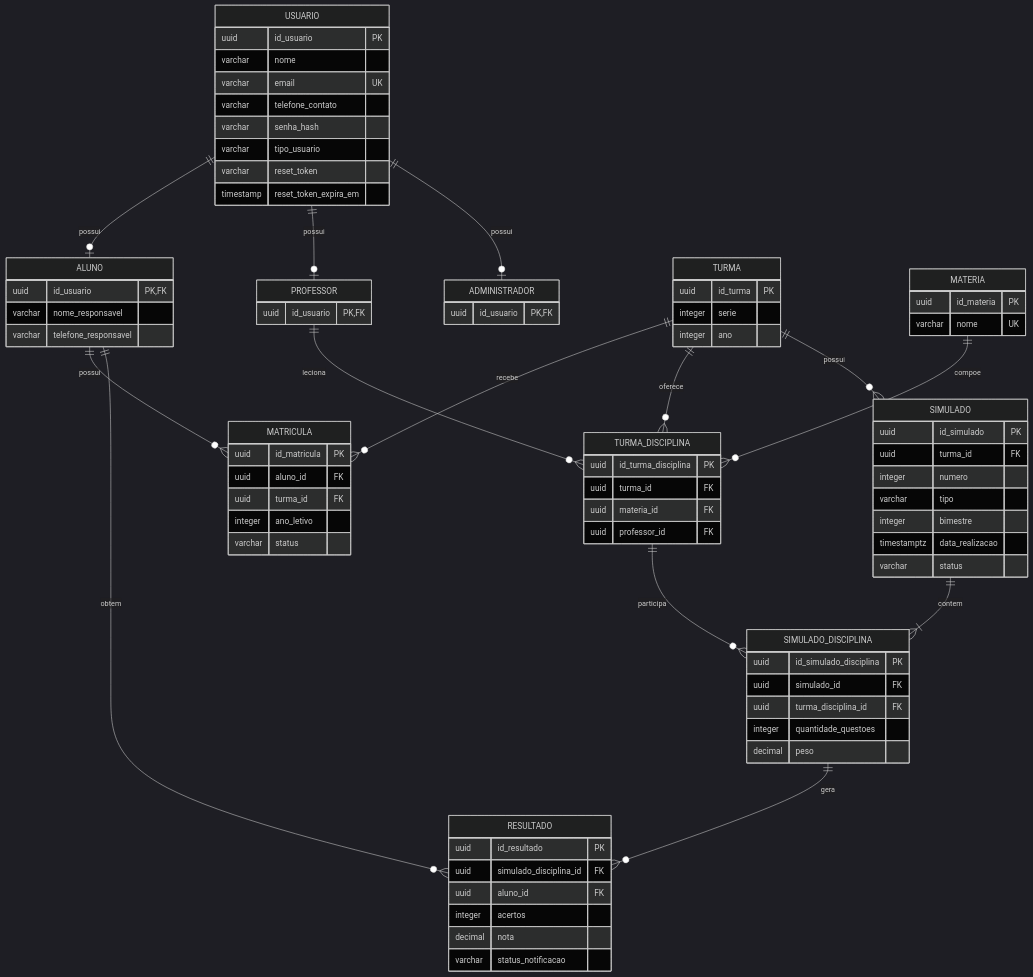
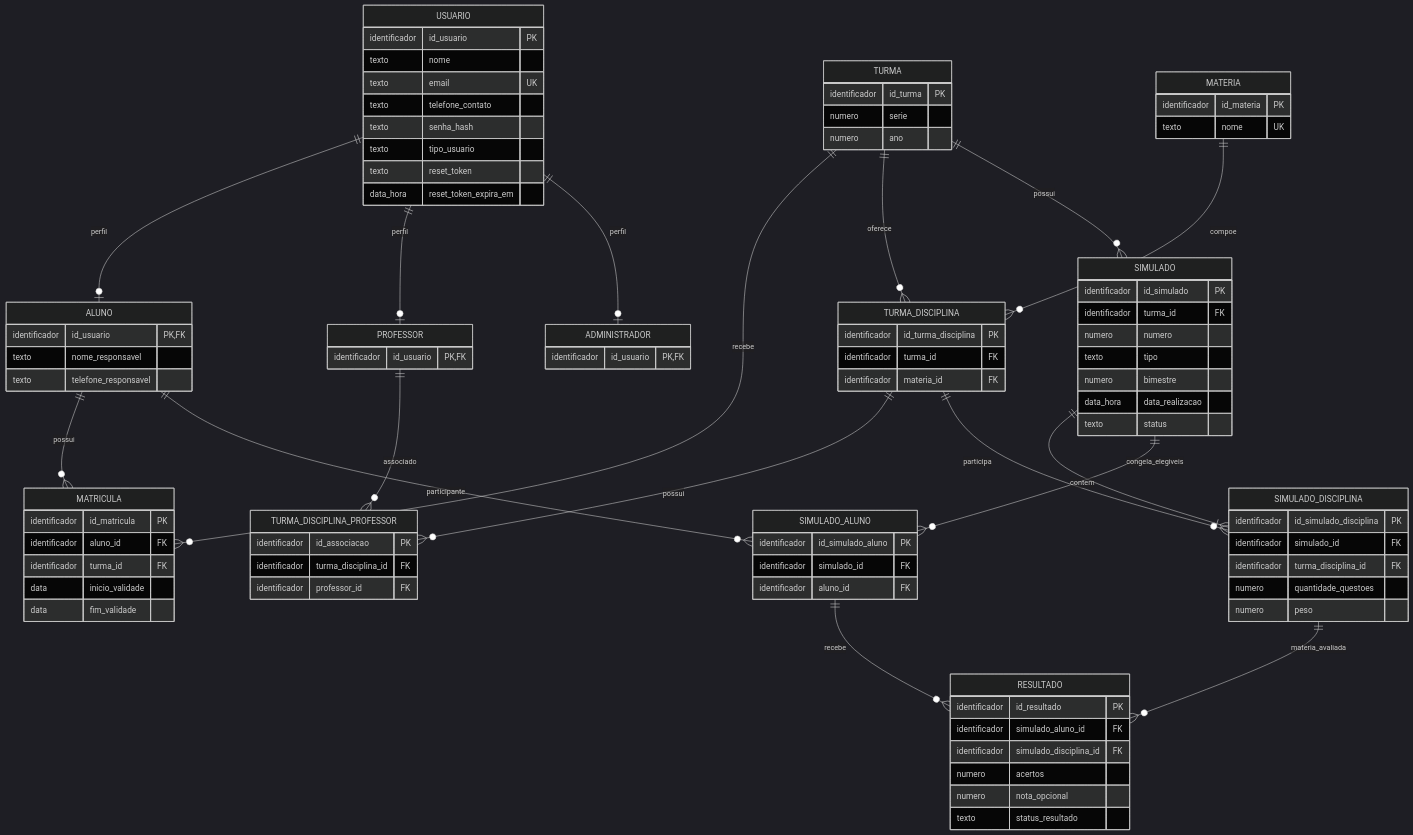
One commit to NotasMAX/Documentacao changed the second of 3 diagrams in README.md. Above: the diagram before and after it, drawn with Mermaid (dark theme). The commit also changed other lines of this file, not shown here.

Commit message:
docs: atualiza diagramas conceituais do modelo de dados

````diff
--- a/README.md
+++ b/README.md
@@ -457,98 +469,112 @@
 ```mermaid
 erDiagram
-    USUARIO ||--o| ALUNO : possui
-    USUARIO ||--o| PROFESSOR : possui
-    USUARIO ||--o| ADMINISTRADOR : possui
+    USUARIO ||--o| ALUNO : perfil
+    USUARIO ||--o| PROFESSOR : perfil
+    USUARIO ||--o| ADMINISTRADOR : perfil
 
     ALUNO ||--o{ MATRICULA : possui
     TURMA ||--o{ MATRICULA : recebe
 
     TURMA ||--o{ TURMA_DISCIPLINA : oferece
     MATERIA ||--o{ TURMA_DISCIPLINA : compoe
-    PROFESSOR ||--o{ TURMA_DISCIPLINA : leciona
+    PROFESSOR ||--o{ TURMA_DISCIPLINA_PROFESSOR : associado
+    TURMA_DISCIPLINA ||--o{ TURMA_DISCIPLINA_PROFESSOR : possui
 
     TURMA ||--o{ SIMULADO : possui
     SIMULADO ||--|{ SIMULADO_DISCIPLINA : contem
     TURMA_DISCIPLINA ||--o{ SIMULADO_DISCIPLINA : participa
 
-    SIMULADO_DISCIPLINA ||--o{ RESULTADO : gera
-    ALUNO ||--o{ RESULTADO : obtem
+    SIMULADO ||--o{ SIMULADO_ALUNO : congela_elegiveis
+    ALUNO ||--o{ SIMULADO_ALUNO : participante
+    SIMULADO_ALUNO ||--o{ RESULTADO : recebe
+    SIMULADO_DISCIPLINA ||--o{ RESULTADO : materia_avaliada
 
     USUARIO {
-        uuid id_usuario PK
-        varchar nome
-        varchar email UK
-        varchar telefone_contato
-        varchar senha_hash
-        varchar tipo_usuario
-        varchar reset_token
-        timestamp reset_token_expira_em
+        identificador id_usuario PK
+        texto nome
+        texto email UK
+        texto telefone_contato
+        texto senha_hash
+        texto tipo_usuario
+        texto reset_token
+        data_hora reset_token_expira_em
     }
 
     ALUNO {
-        uuid id_usuario PK, FK
-        varchar nome_responsavel
-        varchar telefone_responsavel
+        identificador id_usuario PK, FK
+        texto nome_responsavel
+        texto telefone_responsavel
     }
 
     PROFESSOR {
-        uuid id_usuario PK, FK
+        identificador id_usuario PK, FK
     }
 
     ADMINISTRADOR {
-        uuid id_usuario PK, FK
+        identificador id_usuario PK, FK
     }
 
     MATERIA {
-        uuid id_materia PK
-        varchar nome UK
+        identificador id_materia PK
+        texto nome UK
     }
 
     TURMA {
-        uuid id_turma PK
-        integer serie
-        integer ano
+        identificador id_turma PK
+        numero serie
+        numero ano
     }
 
     MATRICULA {
-        uuid id_matricula PK
-        uuid aluno_id FK
-        uuid turma_id FK
-        integer ano_letivo
-        varchar status
+        identificador id_matricula PK
+        identificador aluno_id FK
+        identificador turma_id FK
+        data inicio_validade
+        data fim_validade
     }
 
     TURMA_DISCIPLINA {
-        uuid id_turma_disciplina PK
-        uuid turma_id FK
-        uuid materia_id FK
-        uuid professor_id FK
+        identificador id_turma_disciplina PK
+        identificador turma_id FK
+        identificador materia_id FK
+    }
+
+    TURMA_DISCIPLINA_PROFESSOR {
+        identificador id_associacao PK
+        identificador turma_disciplina_id FK
+        identificador professor_id FK
     }
 
     SIMULADO {
-        uuid id_simulado PK
-        uuid turma_id FK
-        integer numero
-        varchar tipo
-        integer bimestre
-        timestamptz data_realizacao
-        varchar status
+        identificador id_simulado PK
+        identificador turma_id FK
+        numero numero
+        texto tipo
+        numero bimestre
+        data_hora data_realizacao
+        texto status
     }
 
     SIMULADO_DISCIPLINA {
-        uuid id_simulado_disciplina PK
-        uuid simulado_id FK
-        uuid turma_disciplina_id FK
-        integer quantidade_questoes
-        decimal peso
+        identificador id_simulado_disciplina PK
+        identificador simulado_id FK
+        identificador turma_disciplina_id FK
+        numero quantidade_questoes
+        numero peso
+    }
+
+    SIMULADO_ALUNO {
+        identificador id_simulado_aluno PK
+        identificador simulado_id FK
+        identificador aluno_id FK
     }
 
     RESULTADO {
-        uuid id_resultado PK
-        uuid simulado_disciplina_id FK
-        uuid aluno_id FK
-        integer acertos
-        decimal nota
-        varchar status_notificacao
+        identificador id_resultado PK
+        identificador simulado_aluno_id FK
+        identificador simulado_disciplina_id FK
+        numero acertos
+        numero nota_opcional
+        texto status_resultado
     }
 ```
````
